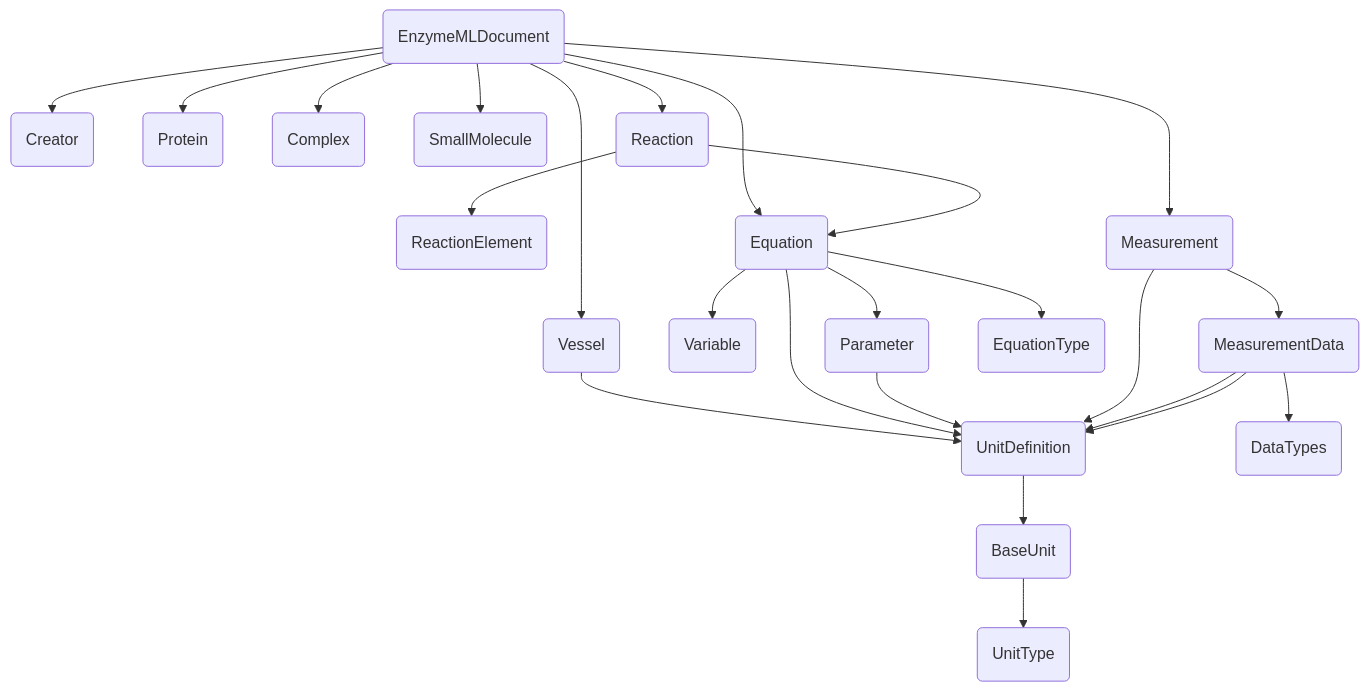
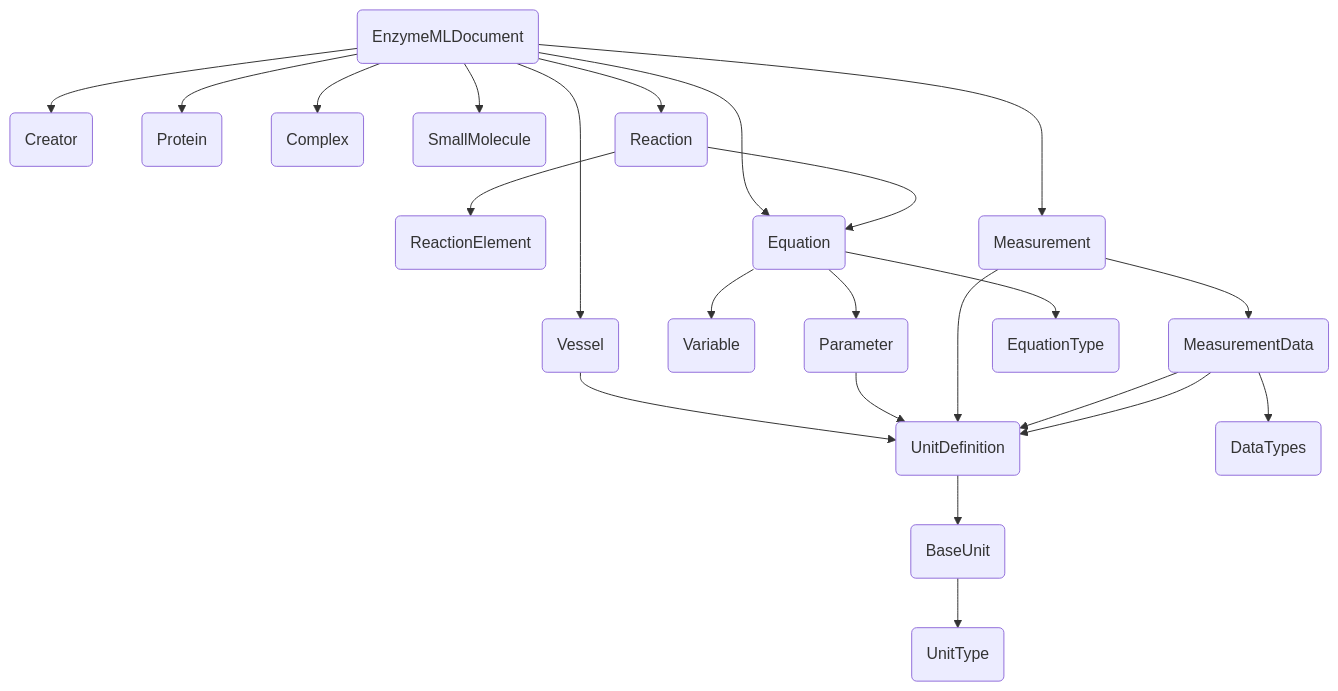
Before and after one commit to EnzymeML/enzymeml-specifications: the diagram in docs/model.md, drawn with Mermaid. The commit also changed other lines of this file and 5 other files, not shown here.

````diff
--- a/docs/model.md
+++ b/docs/model.md
@@ -11,63 +11,62 @@
     ``` mermaid
     flowchart TB
         enzymemldocument(EnzymeMLDocument)
         creator(Creator)
         vessel(Vessel)
         protein(Protein)
         complex(Complex)
         smallmolecule(SmallMolecule)
         reaction(Reaction)
         reactionelement(ReactionElement)
         equation(Equation)
         variable(Variable)
         parameter(Parameter)
         measurement(Measurement)
         measurementdata(MeasurementData)
         unitdefinition(UnitDefinition)
         baseunit(BaseUnit)
         equationtype(EquationType)
         datatypes(DataTypes)
         unittype(UnitType)
         enzymemldocument(EnzymeMLDocument) --> creator(Creator)
         enzymemldocument(EnzymeMLDocument) --> vessel(Vessel)
         enzymemldocument(EnzymeMLDocument) --> protein(Protein)
         enzymemldocument(EnzymeMLDocument) --> complex(Complex)
         enzymemldocument(EnzymeMLDocument) --> smallmolecule(SmallMolecule)
         enzymemldocument(EnzymeMLDocument) --> reaction(Reaction)
         enzymemldocument(EnzymeMLDocument) --> measurement(Measurement)
         enzymemldocument(EnzymeMLDocument) --> equation(Equation)
         vessel(Vessel) --> unitdefinition(UnitDefinition)
         reaction(Reaction) --> equation(Equation)
         reaction(Reaction) --> reactionelement(ReactionElement)
-        equation(Equation) --> unitdefinition(UnitDefinition)
         equation(Equation) --> equationtype(EquationType)
         equation(Equation) --> variable(Variable)
         equation(Equation) --> parameter(Parameter)
         parameter(Parameter) --> unitdefinition(UnitDefinition)
         measurement(Measurement) --> measurementdata(MeasurementData)
         measurement(Measurement) --> unitdefinition(UnitDefinition)
         measurementdata(MeasurementData) --> unitdefinition(UnitDefinition)
         measurementdata(MeasurementData) --> unitdefinition(UnitDefinition)
         measurementdata(MeasurementData) --> datatypes(DataTypes)
         unitdefinition(UnitDefinition) --> baseunit(BaseUnit)
         baseunit(BaseUnit) --> unittype(UnitType)
 
         click enzymemldocument "#enzymemldocument" "Go to EnzymeMLDocument"
         click creator "#creator" "Go to Creator"
         click vessel "#vessel" "Go to Vessel"
         click protein "#protein" "Go to Protein"
         click complex "#complex" "Go to Complex"
         click smallmolecule "#smallmolecule" "Go to SmallMolecule"
         click reaction "#reaction" "Go to Reaction"
         click reactionelement "#reactionelement" "Go to ReactionElement"
         click equation "#equation" "Go to Equation"
         click variable "#variable" "Go to Variable"
         click parameter "#parameter" "Go to Parameter"
         click measurement "#measurement" "Go to Measurement"
         click measurementdata "#measurementdata" "Go to MeasurementData"
         click unitdefinition "#unitdefinition" "Go to UnitDefinition"
         click baseunit "#baseunit" "Go to BaseUnit"
         click equationtype "#equationtype" "Go to EquationType"
         click datatypes "#datatypes" "Go to DataTypes"
         click unittype "#unittype" "Go to UnitType"
     ```
````
